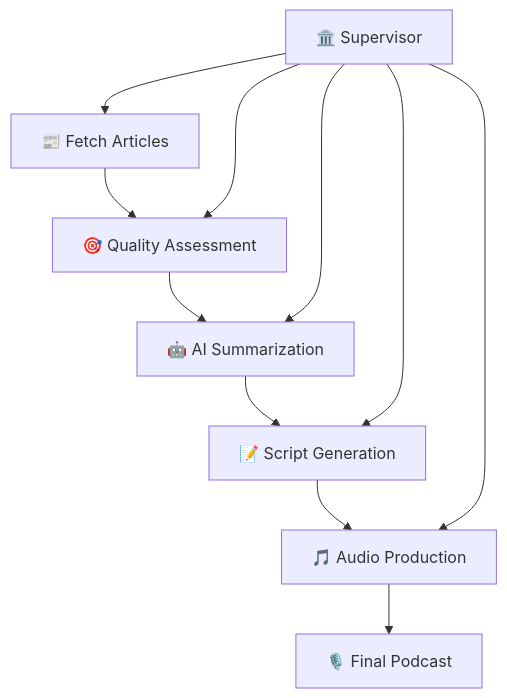
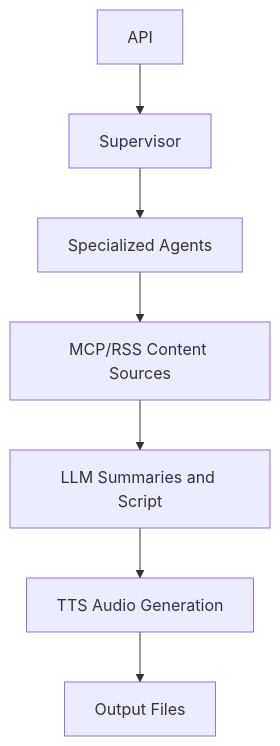
The diagram in EDUCATIONAL_GUIDE.md (GTuritto/AI-parrot), drawn with Mermaid before and after one commit. The commit also changed other lines of this file and 31 other files, not shown here.

````diff
--- a/EDUCATIONAL_GUIDE.md
+++ b/EDUCATIONAL_GUIDE.md
@@ -50,14 +76,9 @@
 ```mermaid
 graph TD
-    A[📰 Fetch Articles] --> B[🎯 Quality Assessment]
-    B --> C[🤖 AI Summarization]
-    C --> D[📝 Script Generation]
-    D --> E[🎵 Audio Production]
-    E --> F[🎙️ Final Podcast]
-    
-    G[🏛️ Supervisor] --> A
-    G --> B
-    G --> C
-    G --> D
-    G --> E
+    A[API] --> B[Supervisor]
+    B --> C[Specialized Agents]
+    C --> D[MCP/RSS Content Sources]
+    D --> E[LLM Summaries and Script]
+    E --> F[TTS Audio Generation]
+    F --> G[Output Files]
 ```
````
